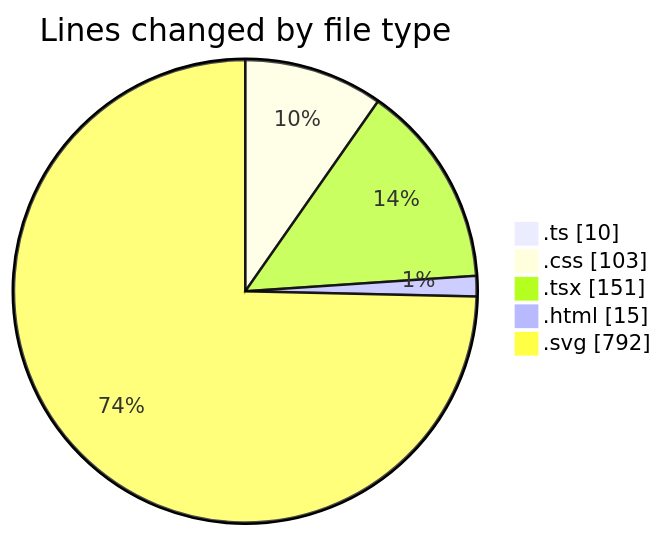
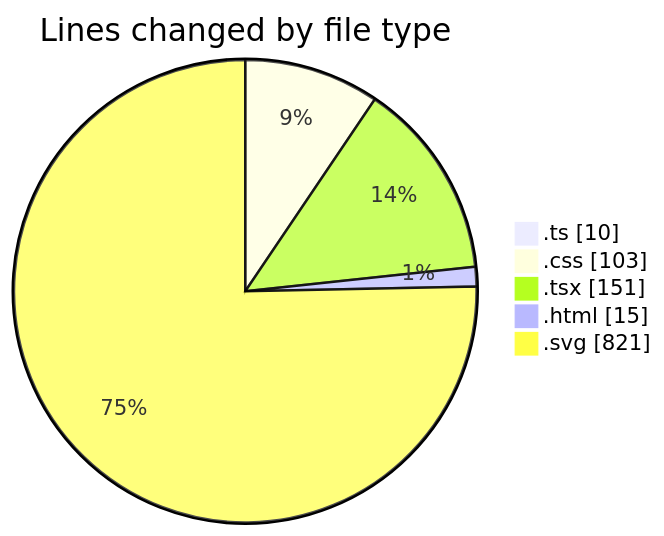
One commit to EIIisD/code-tracking changed the first of 2 diagrams in 2025-07-31/tw-server/README.md. Above: the diagram before and after it, drawn with Mermaid. The commit also changed other lines of this file and 1 other file, not shown here.

````diff
--- a/2025-07-31/tw-server/README.md
+++ b/2025-07-31/tw-server/README.md
@@ -31,9 +31,9 @@
 ```mermaid
 pie showData
 title Lines changed by file type
 ".ts" : 10
 ".css" : 103
 ".tsx" : 151
 ".html" : 15
-".svg" : 792
+".svg" : 821
 ```
````
